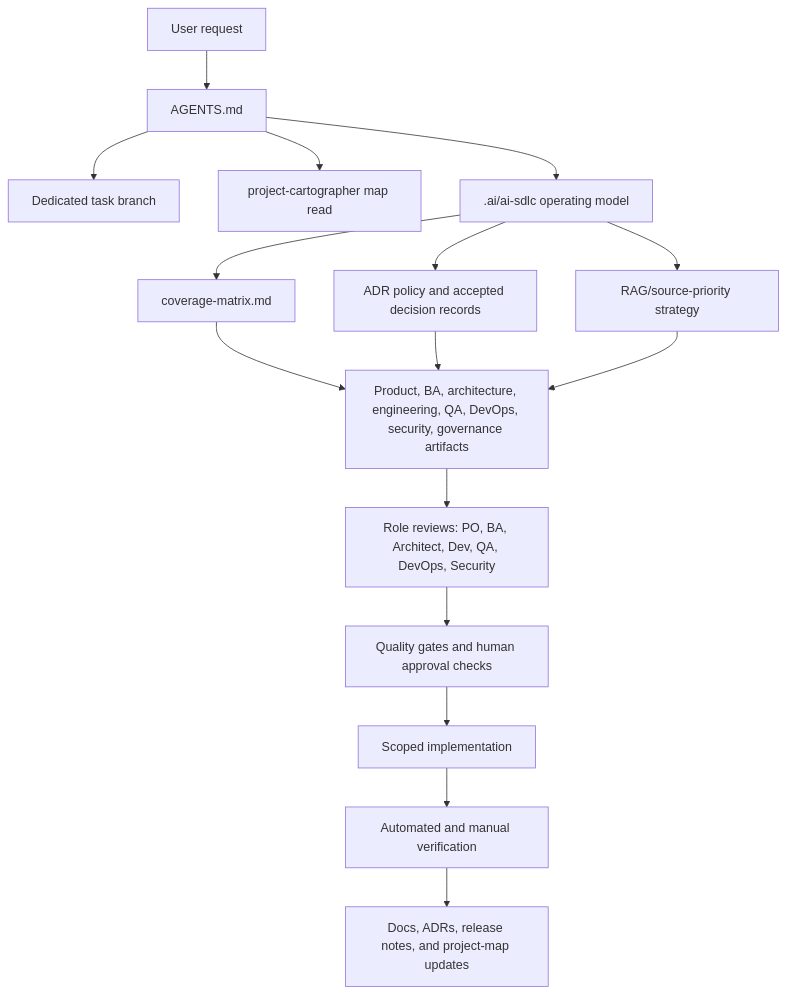
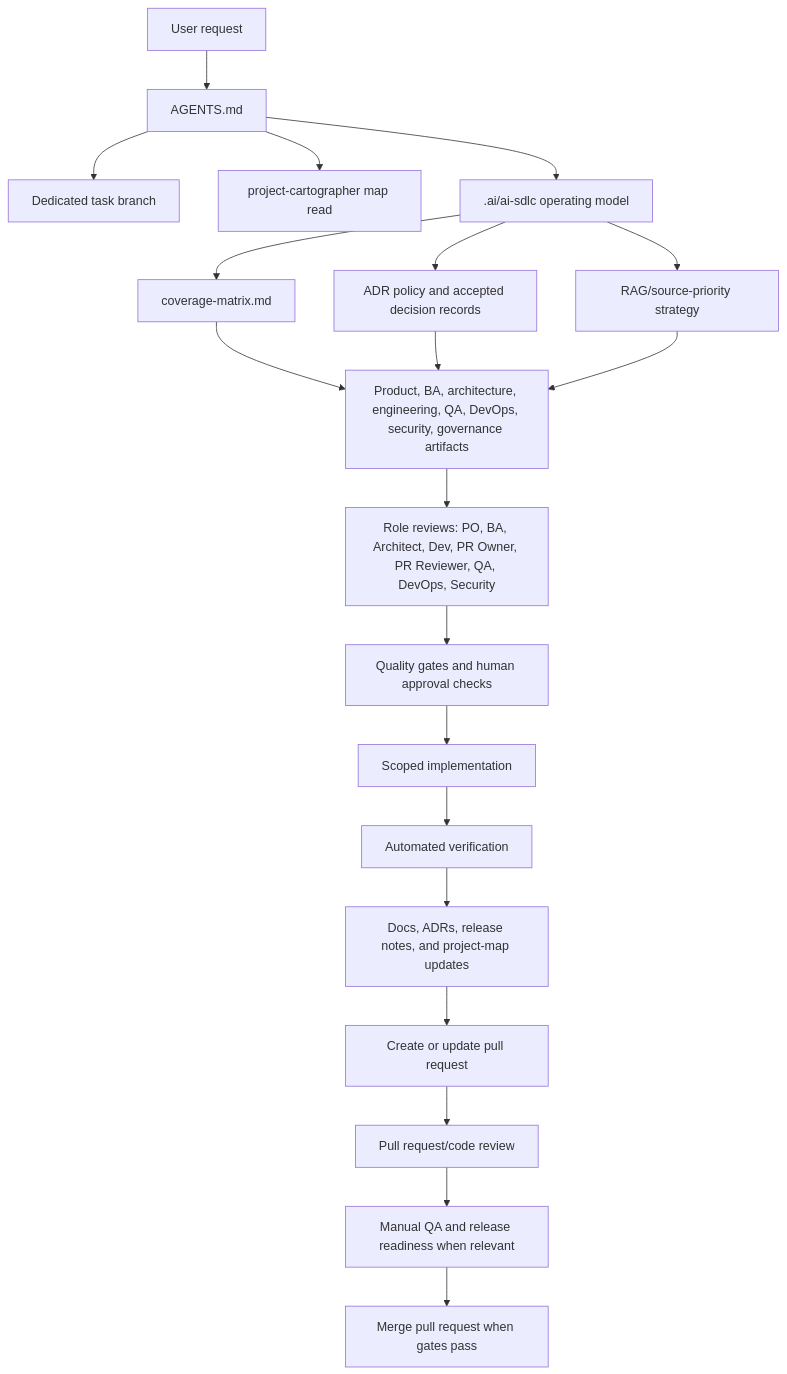
One commit to iziuk/Polite changed the second of 3 diagrams in .ai/project-map/data-flow.md. Above: the diagram before and after it, drawn with Mermaid. The commit also changed other lines of this file and 18 other files, not shown here.

First line of the commit message:
docs: add PR lifecycle roles and gates

````diff
--- a/.ai/project-map/data-flow.md
+++ b/.ai/project-map/data-flow.md
@@ -41,18 +41,22 @@
 ```mermaid
 flowchart TD
   Request["User request"] --> Agents["AGENTS.md"]
   Agents --> Branch["Dedicated task branch"]
   Agents --> Map["project-cartographer map read"]
   Agents --> OperatingModel[".ai/ai-sdlc operating model"]
   OperatingModel --> Coverage["coverage-matrix.md"]
   OperatingModel --> ADRs["ADR policy and accepted decision records"]
   OperatingModel --> Retrieval["RAG/source-priority strategy"]
   Coverage --> Artifacts["Product, BA, architecture, engineering, QA, DevOps, security, governance artifacts"]
   ADRs --> Artifacts
   Retrieval --> Artifacts
-  Artifacts --> Roles["Role reviews: PO, BA, Architect, Dev, QA, DevOps, Security"]
+  Artifacts --> Roles["Role reviews: PO, BA, Architect, Dev, PR Owner, PR Reviewer, QA, DevOps, Security"]
   Roles --> Gates["Quality gates and human approval checks"]
   Gates --> Implementation["Scoped implementation"]
-  Implementation --> Verification["Automated and manual verification"]
-  Verification --> Docs["Docs, ADRs, release notes, and project-map updates"]
+  Implementation --> AutoVerification["Automated verification"]
+  AutoVerification --> Docs["Docs, ADRs, release notes, and project-map updates"]
+  Docs --> PRCreate["Create or update pull request"]
+  PRCreate --> PRReview["Pull request/code review"]
+  PRReview --> ManualVerification["Manual QA and release readiness when relevant"]
+  ManualVerification --> PRMerge["Merge pull request when gates pass"]
 ```
````
